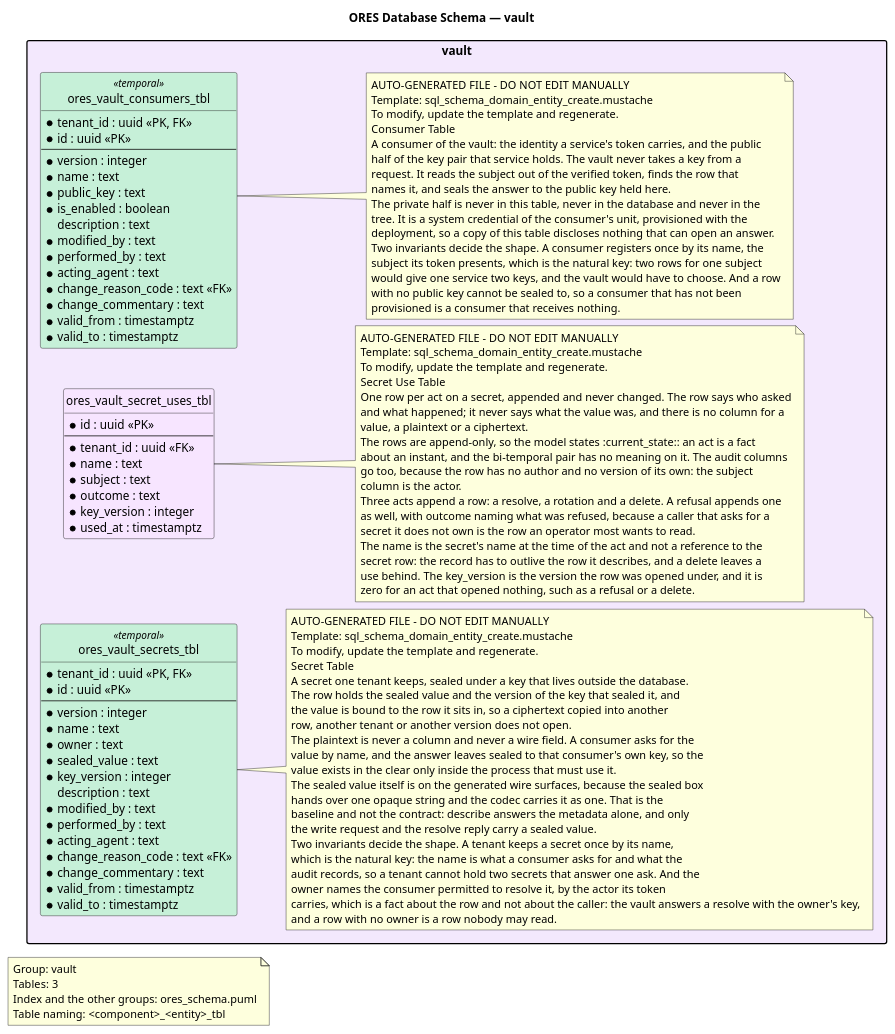
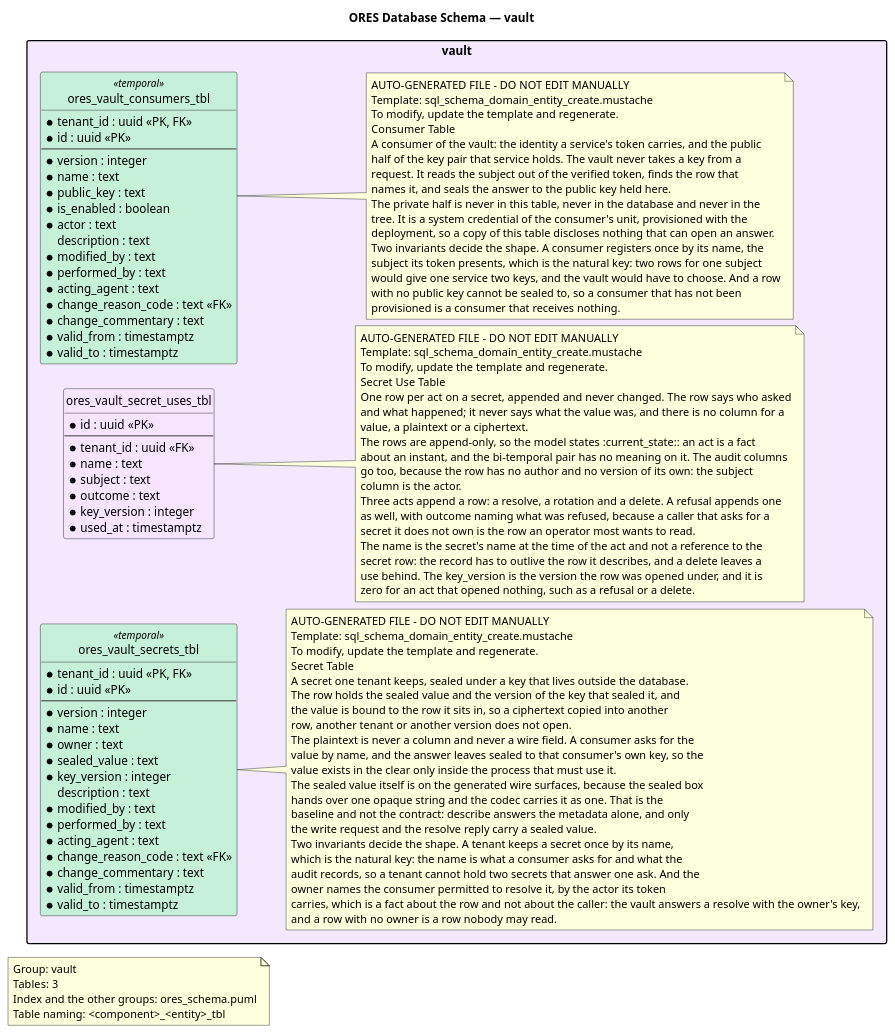
The diagram in projects/ores.sql/modeling/ores_schema.vault.puml (OreStudio/OreStudio), drawn with PlantUML before and after one commit. The commit also changed 34 other files, not shown here.

```diff
--- a/projects/ores.sql/modeling/ores_schema.vault.puml
+++ b/projects/ores.sql/modeling/ores_schema.vault.puml
@@ -21,146 +21,147 @@
 @startuml
 
 title ORES Database Schema — vault
 hide circle
 skinparam linetype ortho
 
 ' Layout: left-to-right stacks packages vertically
 left to right direction
 skinparam packageStyle rectangle
 skinparam nodesep 8
 skinparam ranksep 20
 
 note as GroupNote
 Group: vault
 Tables: 3
 Index and the other groups: ores_schema.puml
 Table naming: <component>_<entity>_tbl
 end note
 
 '
 ' ==================== vault (Vault — Secret Custody) ====================
 '
 package "vault" #F3E8FD {
     entity ores_vault_consumers_tbl <<temporal>> #C6F0D8 {
         * tenant_id : uuid <<PK, FK>>
         * id : uuid <<PK>>
         --
         * version : integer
         * name : text
         * public_key : text
         * is_enabled : boolean
+        * actor : text
           description : text
         * modified_by : text
         * performed_by : text
         * acting_agent : text
         * change_reason_code : text <<FK>>
         * change_commentary : text
         * valid_from : timestamptz
         * valid_to : timestamptz
     }
 
     note right of ores_vault_consumers_tbl
     AUTO-GENERATED FILE - DO NOT EDIT MANUALLY
     Template: sql_schema_domain_entity_create.mustache
     To modify, update the template and regenerate.
     Consumer Table
     A consumer of the vault: the identity a service's token carries, and the public
     half of the key pair that service holds. The vault never takes a key from a
     request. It reads the subject out of the verified token, finds the row that
     names it, and seals the answer to the public key held here.
     The private half is never in this table, never in the database and never in the
     tree. It is a system credential of the consumer's unit, provisioned with the
     deployment, so a copy of this table discloses nothing that can open an answer.
     Two invariants decide the shape. A consumer registers once by its name, the
     subject its token presents, which is the natural key: two rows for one subject
     would give one service two keys, and the vault would have to choose. And a row
     with no public key cannot be sealed to, so a consumer that has not been
     provisioned is a consumer that receives nothing.
     end note
 
     entity ores_vault_secret_uses_tbl  #F7E5FF {
         * id : uuid <<PK>>
         --
         * tenant_id : uuid <<FK>>
         * name : text
         * subject : text
         * outcome : text
         * key_version : integer
         * used_at : timestamptz
     }
 
     note right of ores_vault_secret_uses_tbl
     AUTO-GENERATED FILE - DO NOT EDIT MANUALLY
     Template: sql_schema_domain_entity_create.mustache
     To modify, update the template and regenerate.
     Secret Use Table
     One row per act on a secret, appended and never changed. The row says who asked
     and what happened; it never says what the value was, and there is no column for a
     value, a plaintext or a ciphertext.
     The rows are append-only, so the model states :current_state:: an act is a fact
     about an instant, and the bi-temporal pair has no meaning on it. The audit columns
     go too, because the row has no author and no version of its own: the subject
     column is the actor.
     Three acts append a row: a resolve, a rotation and a delete. A refusal appends one
     as well, with outcome naming what was refused, because a caller that asks for a
     secret it does not own is the row an operator most wants to read.
     The name is the secret's name at the time of the act and not a reference to the
     secret row: the record has to outlive the row it describes, and a delete leaves a
     use behind. The key_version is the version the row was opened under, and it is
     zero for an act that opened nothing, such as a refusal or a delete.
     end note
 
     entity ores_vault_secrets_tbl <<temporal>> #C6F0D8 {
         * tenant_id : uuid <<PK, FK>>
         * id : uuid <<PK>>
         --
         * version : integer
         * name : text
         * owner : text
         * sealed_value : text
         * key_version : integer
           description : text
         * modified_by : text
         * performed_by : text
         * acting_agent : text
         * change_reason_code : text <<FK>>
         * change_commentary : text
         * valid_from : timestamptz
         * valid_to : timestamptz
     }
 
     note right of ores_vault_secrets_tbl
     AUTO-GENERATED FILE - DO NOT EDIT MANUALLY
     Template: sql_schema_domain_entity_create.mustache
     To modify, update the template and regenerate.
     Secret Table
     A secret one tenant keeps, sealed under a key that lives outside the database.
     The row holds the sealed value and the version of the key that sealed it, and
     the value is bound to the row it sits in, so a ciphertext copied into another
     row, another tenant or another version does not open.
     The plaintext is never a column and never a wire field. A consumer asks for the
     value by name, and the answer leaves sealed to that consumer's own key, so the
     value exists in the clear only inside the process that must use it.
     The sealed value itself is on the generated wire surfaces, because the sealed box
     hands over one opaque string and the codec carries it as one. That is the
     baseline and not the contract: describe answers the metadata alone, and only
     the write request and the resolve reply carry a sealed value.
     Two invariants decide the shape. A tenant keeps a secret once by its name,
     which is the natural key: the name is what a consumer asks for and what the
     audit records, so a tenant cannot hold two secrets that answer one ask. And the
     owner names the consumer permitted to resolve it, by the actor its token
     carries, which is a fact about the row and not about the caller: the vault answers a resolve with the owner's key,
     and a row with no owner is a row nobody may read.
     end note
 
 }
 
 
 '
 ' ==================== Relationships ====================
 '
 
 ' Local Variables:
 ' compile-command: "java -Djava.awt.headless=true -DPLANTUML_LIMIT_SIZE=131072 -jar /usr/share/plantuml/plantuml.jar ores_schema.vault.puml"
 ' End:
 @enduml
```
